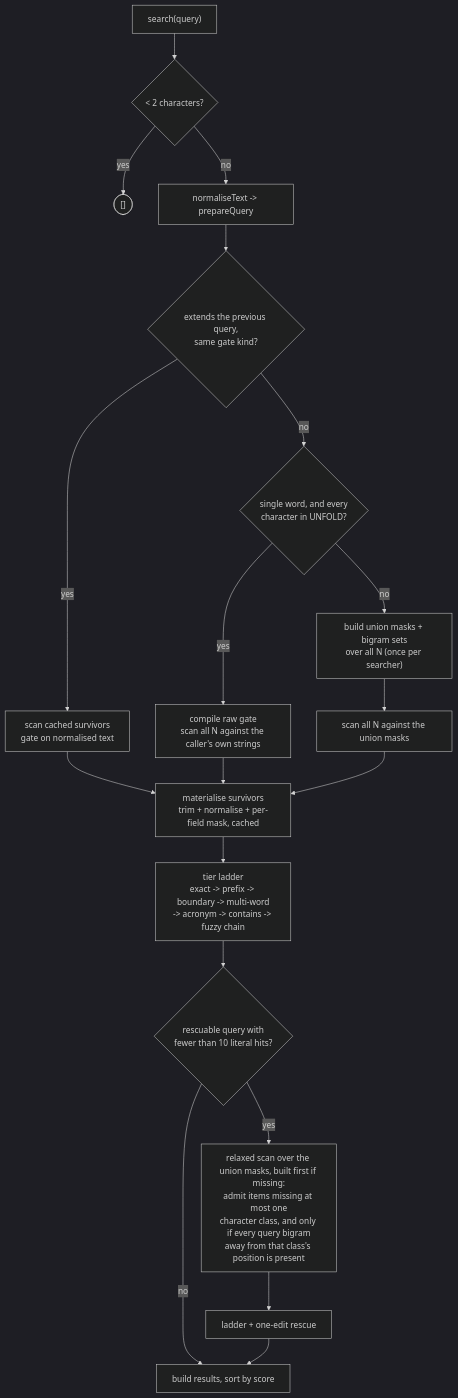
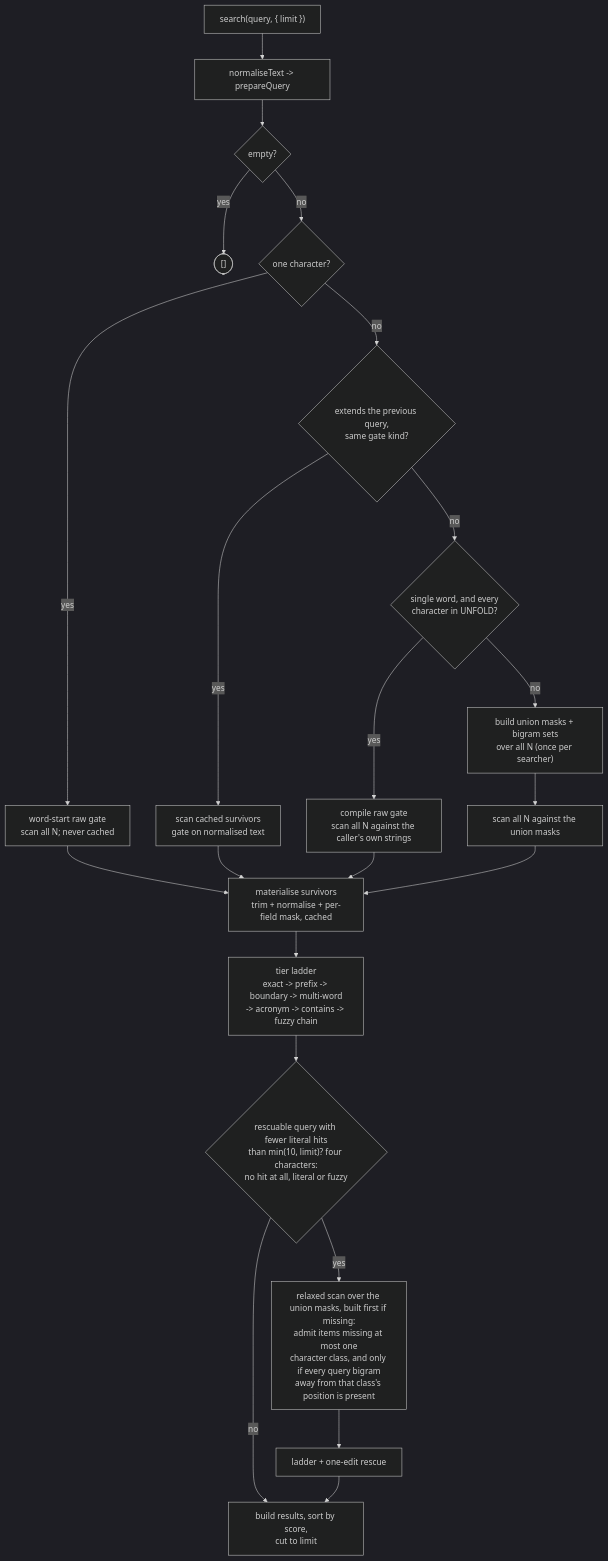
Before and after one commit to MMMikeM/ekrina: the second of 2 diagrams in docs/pipeline.md, drawn with Mermaid (dark theme). The commit also changed other lines of this file and 2 other files, not shown here.

````diff
--- a/docs/pipeline.md
+++ b/docs/pipeline.md
@@ -27,23 +27,26 @@
 ```mermaid
 flowchart TD
-    Q["search(query)"] --> F{"< 2 characters?"}
-    F -->|yes| Z(["[]"])
-    F -->|no| P["normaliseText -> prepareQuery"]
-    P --> N{"extends the previous query,<br/>same gate kind?"}
+    Q["search(query, { limit })"] --> P["normaliseText -> prepareQuery"]
+    P --> E{"empty?"}
+    E -->|yes| Z(["[]"])
+    E -->|no| ONE{"one character?"}
+    ONE -->|yes| WS["word-start raw gate<br/>scan all N; never cached"]
+    WS --> MAT
+    ONE -->|no| N{"extends the previous query,<br/>same gate kind?"}
 
     N -->|yes| NAR["scan cached survivors<br/>gate on normalised text"]
     N -->|no| RG{"single word, and every<br/>character in UNFOLD?"}
     RG -->|yes| RAW["compile raw gate<br/>scan all N against the caller's own strings"]
     RG -->|no| MASK["build union masks + bigram sets<br/>over all N (once per searcher)"]
     MASK --> MSCAN["scan all N against the union masks"]
 
     NAR --> MAT
     RAW --> MAT["materialise survivors<br/>trim + normalise + per-field mask, cached"]
     MSCAN --> MAT
     MAT --> LAD["tier ladder<br/>exact -> prefix -> boundary -> multi-word<br/>-> acronym -> contains -> fuzzy chain"]
-    LAD --> LIT{"rescuable query with<br/>fewer than 10 literal hits?"}
-    LIT -->|no| OUT["build results, sort by score"]
+    LAD --> LIT{"rescuable query with fewer literal hits<br/>than min(10, limit)? four characters:<br/>no hit at all, literal or fuzzy"}
+    LIT -->|no| OUT["build results, sort by score,<br/>cut to limit"]
     LIT -->|yes| REL["relaxed scan over the union masks, built first if missing:<br/>admit items missing at most one<br/>character class, and only if every query bigram<br/>away from that class's position is present"]
     REL --> RES["ladder + one-edit rescue"]
     RES --> OUT
 ```
````
